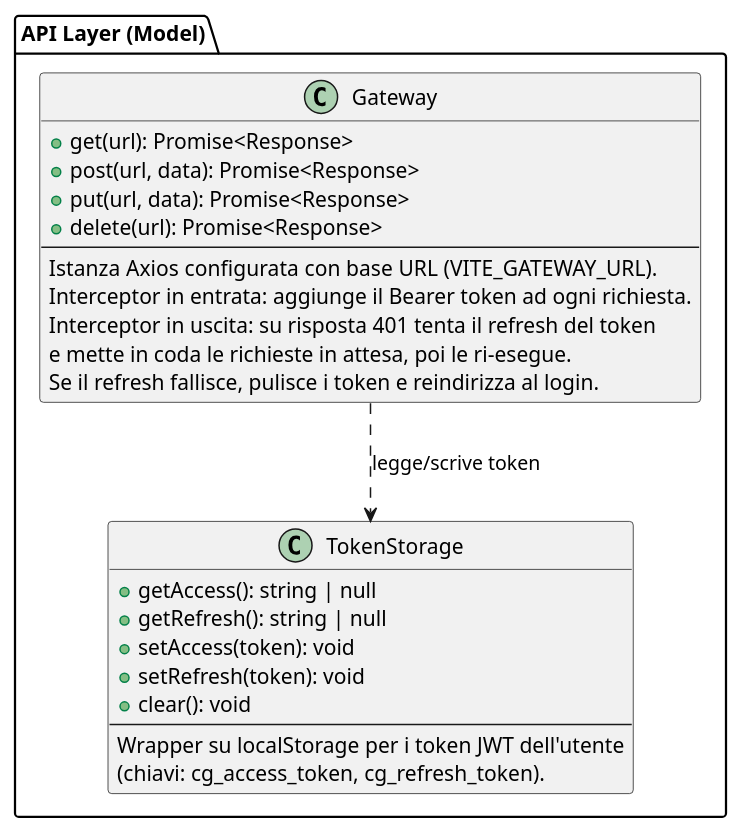
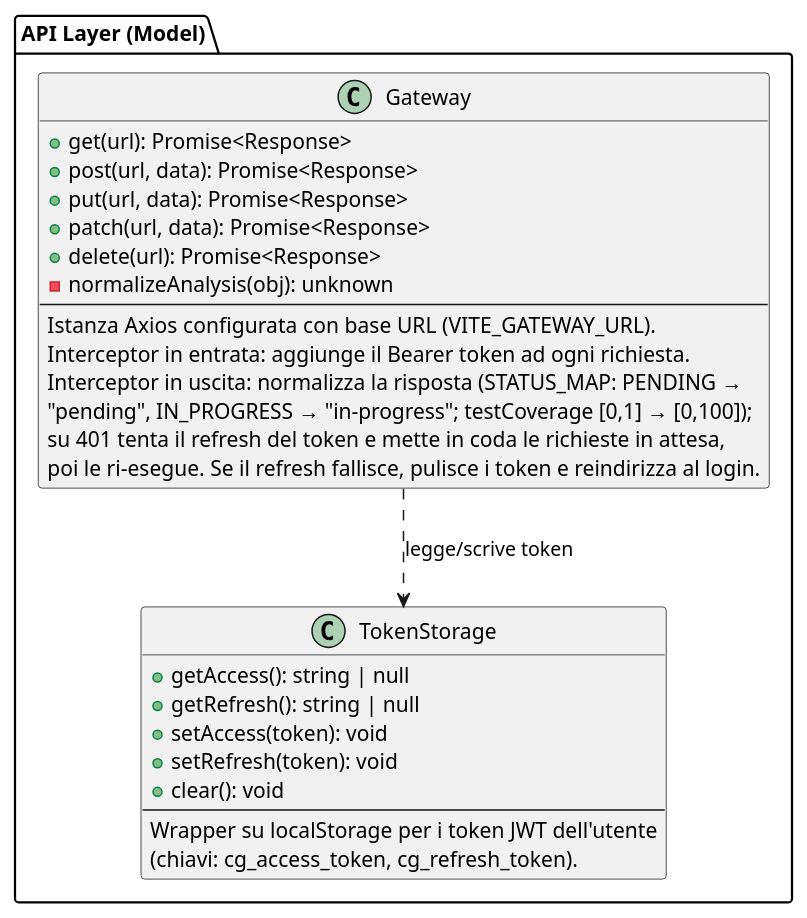
The diagram in assets/st_diagrams/code/frontend/api/gateway.plantuml (SkarabGroup/DocumentazioneProgetto), drawn with PlantUML before and after one commit. The commit also changed 42 other files, not shown here.

Commit message:
Diagrammi e sezione frontend ST

```diff
--- a/assets/st_diagrams/code/frontend/api/gateway.plantuml
+++ b/assets/st_diagrams/code/frontend/api/gateway.plantuml
@@ -1,29 +1,32 @@
 @startuml
 package "API Layer (Model)" {
   class Gateway {
     + get(url): Promise<Response>
     + post(url, data): Promise<Response>
     + put(url, data): Promise<Response>
+    + patch(url, data): Promise<Response>
     + delete(url): Promise<Response>
+    - normalizeAnalysis(obj): unknown
     --
     Istanza Axios configurata con base URL (VITE_GATEWAY_URL).
     Interceptor in entrata: aggiunge il Bearer token ad ogni richiesta.
-    Interceptor in uscita: su risposta 401 tenta il refresh del token
-    e mette in coda le richieste in attesa, poi le ri-esegue.
-    Se il refresh fallisce, pulisce i token e reindirizza al login.
+    Interceptor in uscita: normalizza la risposta (STATUS_MAP: PENDING →
+    "pending", IN_PROGRESS → "in-progress"; testCoverage [0,1] → [0,100]);
+    su 401 tenta il refresh del token e mette in coda le richieste in attesa,
+    poi le ri-esegue. Se il refresh fallisce, pulisce i token e reindirizza al login.
   }
 
   class TokenStorage {
     + getAccess(): string | null
     + getRefresh(): string | null
     + setAccess(token): void
     + setRefresh(token): void
     + clear(): void
     --
     Wrapper su localStorage per i token JWT dell'utente
     (chiavi: cg_access_token, cg_refresh_token).
   }
 
   Gateway ..> TokenStorage : legge/scrive token
 }
 @enduml
```
